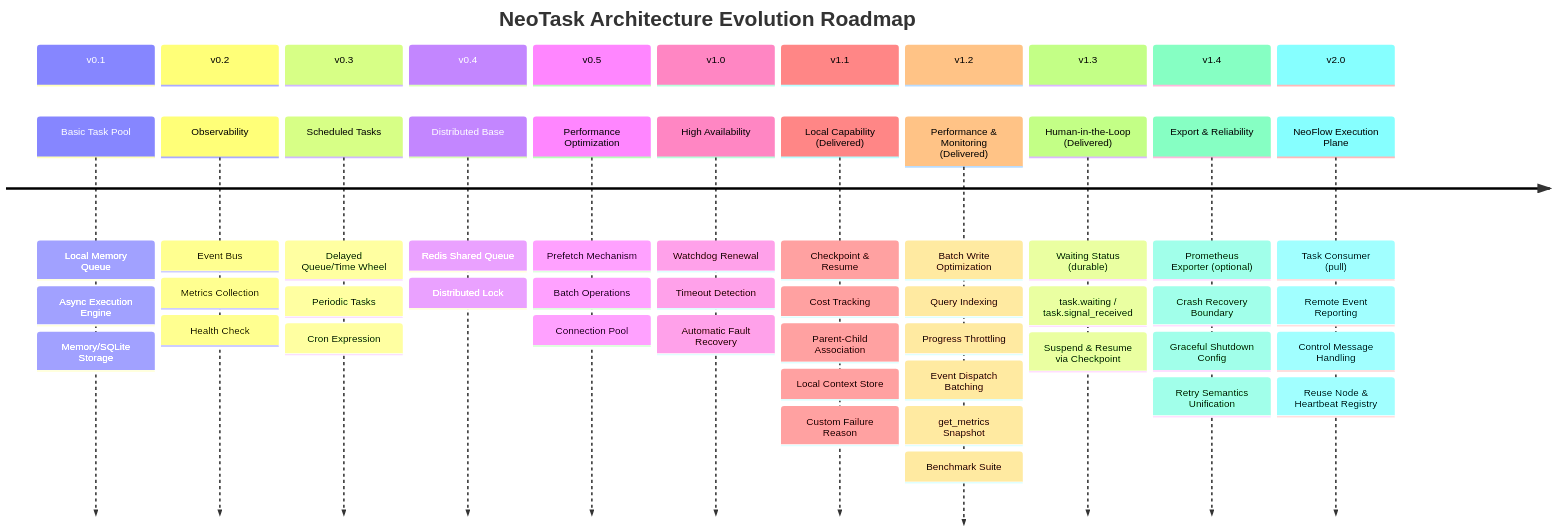
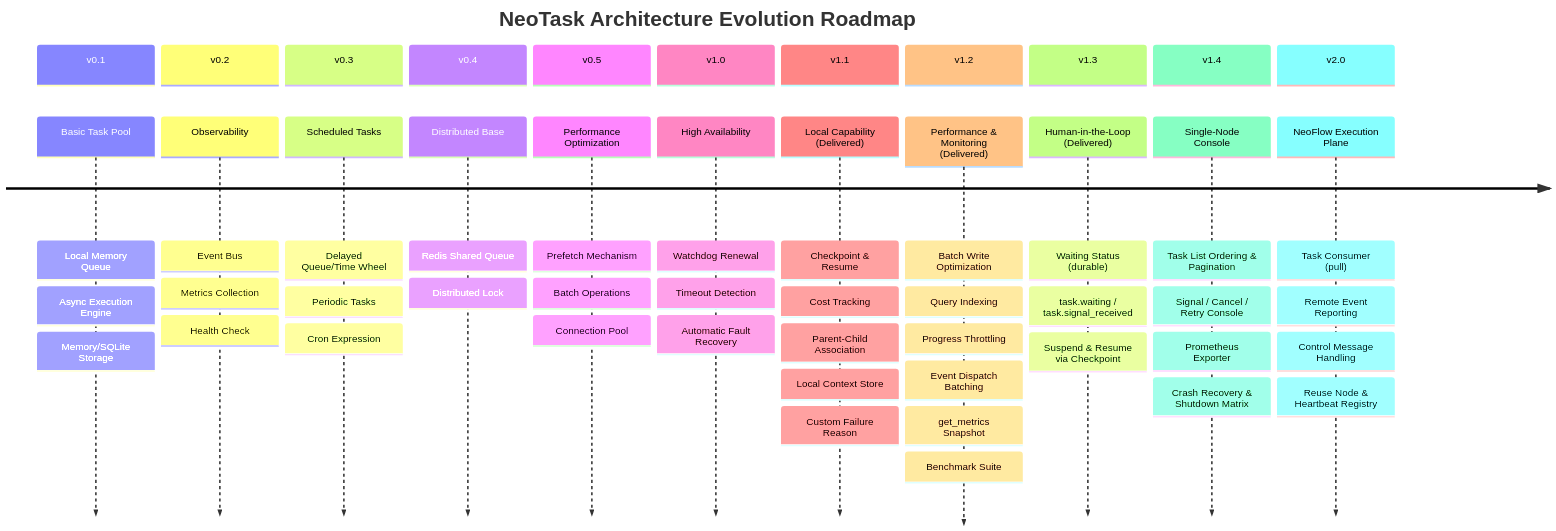
The second of 2 diagrams in README.md (neopen/neotask), drawn with Mermaid before and after one commit. The commit also changed 1 other file, not shown here.

Commit message:
docs(readme): 同步 v1.4 路线图区块为操作台与列表语义
FR:
- README / README_zh 的 v1.4 timeline 区块由「导出与可靠性」改为
  「单节点操作台」：任务列表排序与分页、Signal / Cancel / Retry 操作、
  Prometheus 导出器、崩溃恢复与停机矩阵。
- 中英双语保持同一主题与条目顺序，与 roadmap 第五节对齐。

AC:
- 两个 timeline 图均通过 mermaid.parse 校验。
- 未改动安装、示例与 API 章节，仅路线图区块。

````diff
--- a/README.md
+++ b/README.md
@@ -166,65 +166,65 @@
 ```mermaid
 timeline
     title NeoTask Architecture Evolution Roadmap
 
     section v0.1
         Basic Task Pool : Local Memory Queue
                         : Async Execution Engine
                         : Memory/SQLite Storage
 
     section v0.2
         Observability : Event Bus
                       : Metrics Collection
                       : Health Check
 
     section v0.3
         Scheduled Tasks : Delayed Queue/Time Wheel
                         : Periodic Tasks
                         : Cron Expression
 
     section v0.4
         Distributed Base : Redis Shared Queue
                          : Distributed Lock
 
     section v0.5
         Performance Optimization : Prefetch Mechanism
                                 : Batch Operations
                                 : Connection Pool
 
     section v1.0
         High Availability : Watchdog Renewal
                           : Timeout Detection
                           : Automatic Fault Recovery
 
     section v1.1
         Local Capability (Delivered) : Checkpoint & Resume
                                      : Cost Tracking
                                      : Parent-Child Association
                                      : Local Context Store
                                      : Custom Failure Reason
 
     section v1.2
         Performance & Monitoring (Delivered) : Batch Write Optimization
                                 : Query Indexing
                                 : Progress Throttling
                                 : Event Dispatch Batching
                                 : get_metrics Snapshot
                                 : Benchmark Suite
 
     section v1.3
         Human-in-the-Loop (Delivered) : Waiting Status (durable)
                           : task.waiting / task.signal_received
                           : Suspend & Resume via Checkpoint
 
     section v1.4
-        Export & Reliability : Prometheus Exporter (optional)
-                            : Crash Recovery Boundary
-                            : Graceful Shutdown Config
-                            : Retry Semantics Unification
+        Single-Node Console : Task List Ordering & Pagination
+                           : Signal / Cancel / Retry Console
+                           : Prometheus Exporter
+                           : Crash Recovery & Shutdown Matrix
 
     section v2.0
         NeoFlow Execution Plane: Task Consumer (pull)
                                           : Remote Event Reporting
                                           : Control Message Handling
                                           : Reuse Node & Heartbeat Registry
 ```
````
